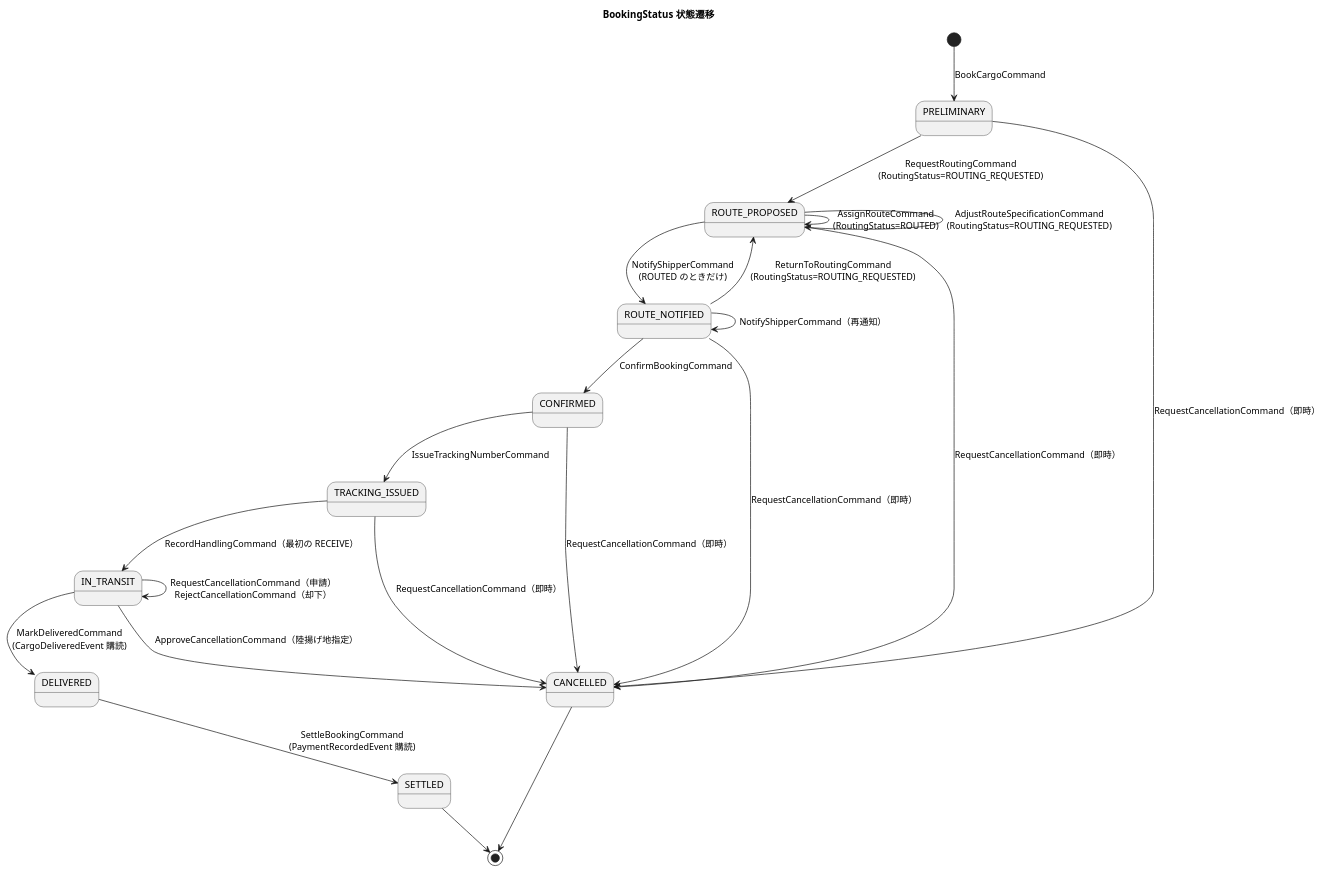
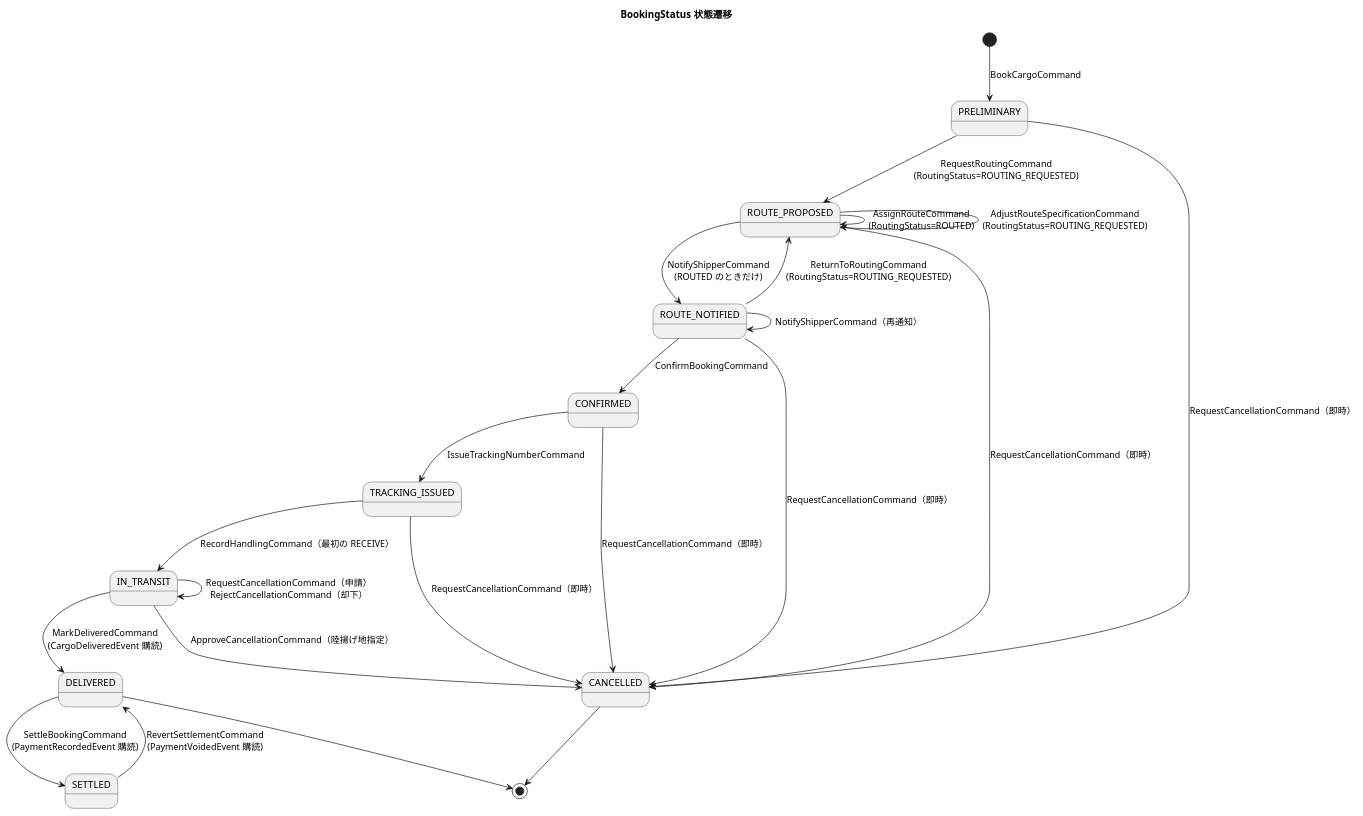
One commit to k2works/case-study-cargo-tracker changed the fifth of 13 diagrams in docs/design/cargo-tracker/domain-model.md. Above: the diagram before and after it, drawn with PlantUML. The commit also changed other lines of this file and 33 other files, not shown here.

````diff
--- a/docs/design/cargo-tracker/domain-model.md
+++ b/docs/design/cargo-tracker/domain-model.md
@@ -537,28 +537,29 @@
 ```plantuml
 @startuml
 title BookingStatus 状態遷移
 
 [*] --> PRELIMINARY : BookCargoCommand
 PRELIMINARY --> ROUTE_PROPOSED : RequestRoutingCommand\n(RoutingStatus=ROUTING_REQUESTED)
 ROUTE_PROPOSED --> ROUTE_PROPOSED : AssignRouteCommand\n(RoutingStatus=ROUTED)
 ROUTE_PROPOSED --> ROUTE_PROPOSED : AdjustRouteSpecificationCommand\n(RoutingStatus=ROUTING_REQUESTED)
 ROUTE_PROPOSED --> ROUTE_NOTIFIED : NotifyShipperCommand\n(ROUTED のときだけ)
 ROUTE_NOTIFIED --> ROUTE_NOTIFIED : NotifyShipperCommand（再通知）
 ROUTE_NOTIFIED --> ROUTE_PROPOSED : ReturnToRoutingCommand\n(RoutingStatus=ROUTING_REQUESTED)
 ROUTE_NOTIFIED --> CONFIRMED : ConfirmBookingCommand
 CONFIRMED --> TRACKING_ISSUED : IssueTrackingNumberCommand
 TRACKING_ISSUED --> IN_TRANSIT : RecordHandlingCommand（最初の RECEIVE）
 IN_TRANSIT --> DELIVERED : MarkDeliveredCommand\n(CargoDeliveredEvent 購読)
 DELIVERED --> SETTLED : SettleBookingCommand\n(PaymentRecordedEvent 購読)
-SETTLED --> [*]
+SETTLED --> DELIVERED : RevertSettlementCommand\n(PaymentVoidedEvent 購読)
+DELIVERED --> [*]
 
 PRELIMINARY --> CANCELLED : RequestCancellationCommand（即時）
 ROUTE_PROPOSED --> CANCELLED : RequestCancellationCommand（即時）
 ROUTE_NOTIFIED --> CANCELLED : RequestCancellationCommand（即時）
 CONFIRMED --> CANCELLED : RequestCancellationCommand（即時）
 TRACKING_ISSUED --> CANCELLED : RequestCancellationCommand（即時）
 IN_TRANSIT --> IN_TRANSIT : RequestCancellationCommand（申請）\nRejectCancellationCommand（却下）
 IN_TRANSIT --> CANCELLED : ApproveCancellationCommand（陸揚げ地指定）
 CANCELLED --> [*]
 @enduml
 ```
````
